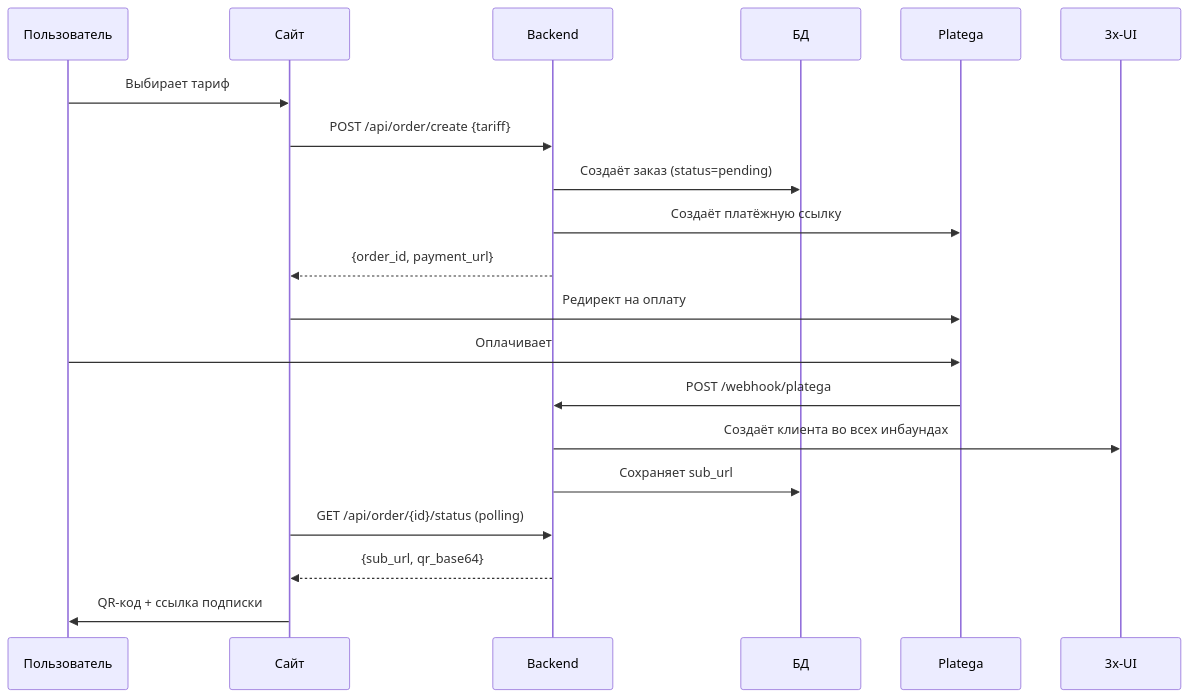
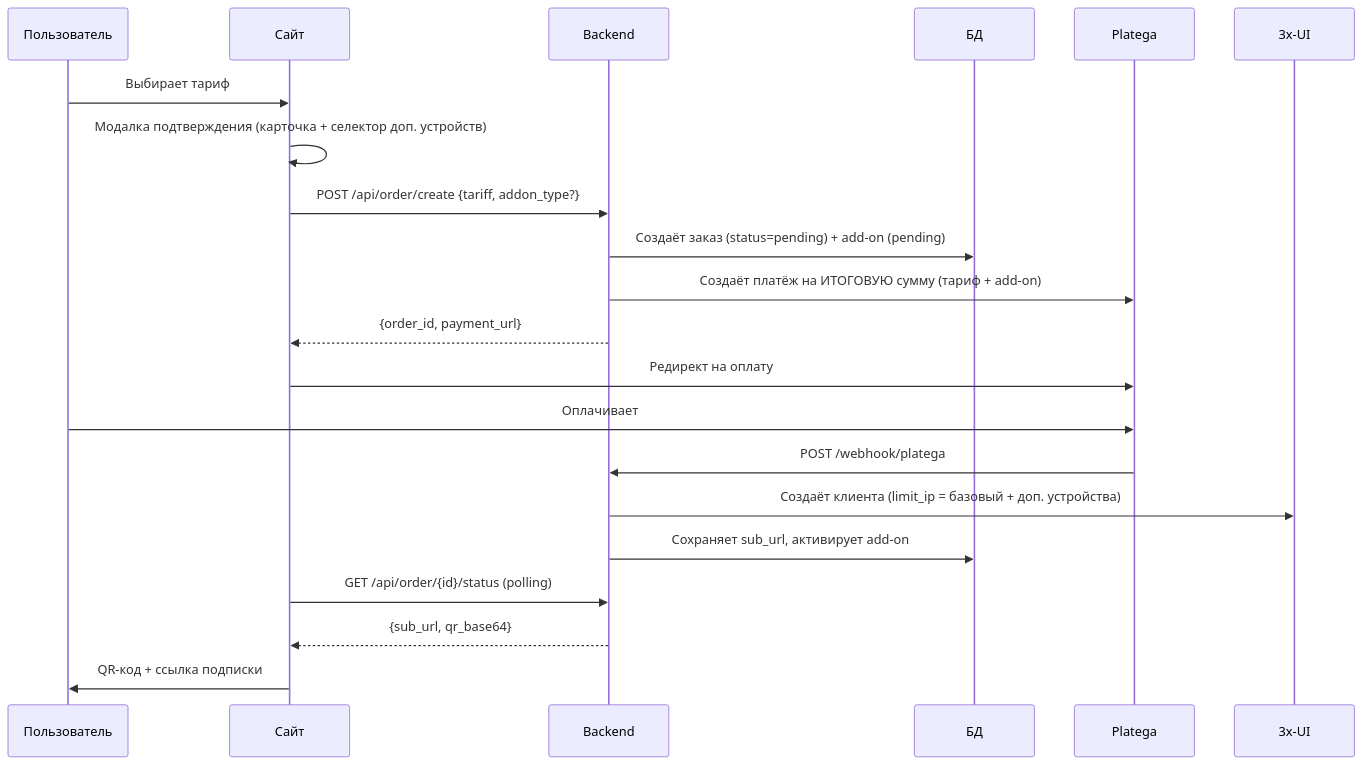
One commit to AnikeyAttano-project/AWX_website changed the diagram in README.md. Above: the diagram before and after it, drawn with Mermaid. The commit also changed other lines of this file, not shown here.

Commit message:
docs: README v2.4 — экран подтверждения покупки, фикс продления, /api/tariffs с addon-ценами

````diff
--- a/README.md
+++ b/README.md
@@ -148,16 +150,17 @@
 ```mermaid
 sequenceDiagram
     Пользователь->>Сайт: Выбирает тариф
-    Сайт->>Backend: POST /api/order/create {tariff}
-    Backend->>БД: Создаёт заказ (status=pending)
-    Backend->>Platega: Создаёт платёжную ссылку
+    Сайт->>Сайт: Модалка подтверждения (карточка + селектор доп. устройств)
+    Сайт->>Backend: POST /api/order/create {tariff, addon_type?}
+    Backend->>БД: Создаёт заказ (status=pending) + add-on (pending)
+    Backend->>Platega: Создаёт платёж на ИТОГОВУЮ сумму (тариф + add-on)
     Backend-->>Сайт: {order_id, payment_url}
     Сайт->>Platega: Редирект на оплату
     Пользователь->>Platega: Оплачивает
     Platega->>Backend: POST /webhook/platega
-    Backend->>3x-UI: Создаёт клиента во всех инбаундах
-    Backend->>БД: Сохраняет sub_url
+    Backend->>3x-UI: Создаёт клиента (limit_ip = базовый + доп. устройства)
+    Backend->>БД: Сохраняет sub_url, активирует add-on
     Сайт->>Backend: GET /api/order/{id}/status (polling)
     Backend-->>Сайт: {sub_url, qr_base64}
     Сайт->>Пользователь: QR-код + ссылка подписки
 ```
````
